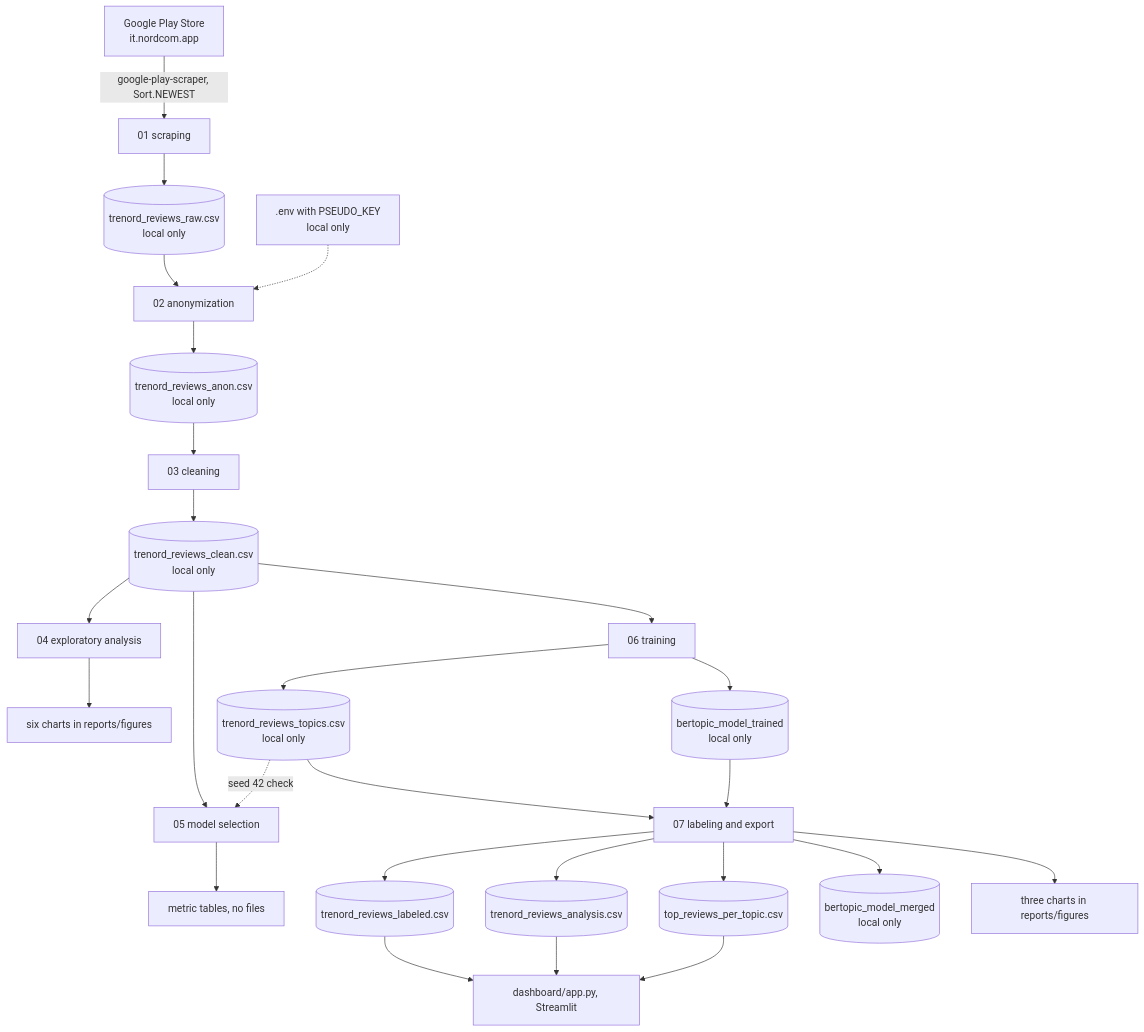
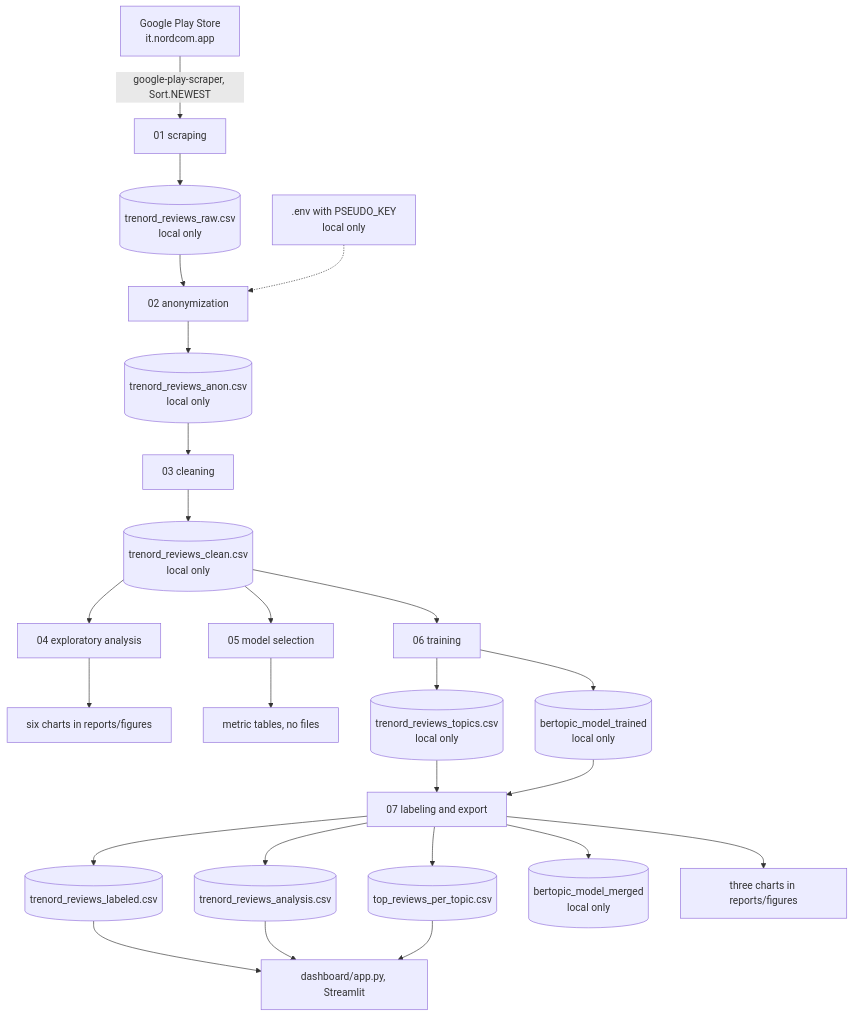
One commit to paolotroia-datavizlab/trenord-reviews-bertopic changed the diagram in docs/architecture.md. Above: the diagram before and after it, drawn with Mermaid. The commit also changed other lines of this file and 2 other files, not shown here.

Commit message:
Check seed 42 inside 05 instead of reading the 06 output, write the 05 choices and limits, set README author links

````diff
--- a/docs/architecture.md
+++ b/docs/architecture.md
@@ -33,28 +33,27 @@
 ```mermaid
 flowchart TD
     PS["Google Play Store<br/>it.nordcom.app"] -->|"google-play-scraper, Sort.NEWEST"| N01["01 scraping"]
     N01 --> RAW[("trenord_reviews_raw.csv<br/>local only")]
     RAW --> N02["02 anonymization"]
     ENV[".env with PSEUDO_KEY<br/>local only"] -.-> N02
     N02 --> ANON[("trenord_reviews_anon.csv<br/>local only")]
     ANON --> N03["03 cleaning"]
     N03 --> CLEAN[("trenord_reviews_clean.csv<br/>local only")]
     CLEAN --> N04["04 exploratory analysis"]
     N04 --> PNG["six charts in reports/figures"]
     CLEAN --> N05["05 model selection"]
     N05 --> TABLES["metric tables, no files"]
     CLEAN --> N06["06 training"]
     N06 --> TOPICS[("trenord_reviews_topics.csv<br/>local only")]
-    TOPICS -.->|"seed 42 check"| N05
     N06 --> MODEL[("bertopic_model_trained<br/>local only")]
     TOPICS --> N07["07 labeling and export"]
     MODEL --> N07
     N07 --> LAB[("trenord_reviews_labeled.csv")]
     N07 --> ANA[("trenord_reviews_analysis.csv")]
     N07 --> TOP[("top_reviews_per_topic.csv")]
     N07 --> FINAL[("bertopic_model_merged<br/>local only")]
     N07 --> PNG2["three charts in reports/figures"]
     LAB --> DASH["dashboard/app.py, Streamlit"]
     ANA --> DASH
     TOP --> DASH
 ```
````
